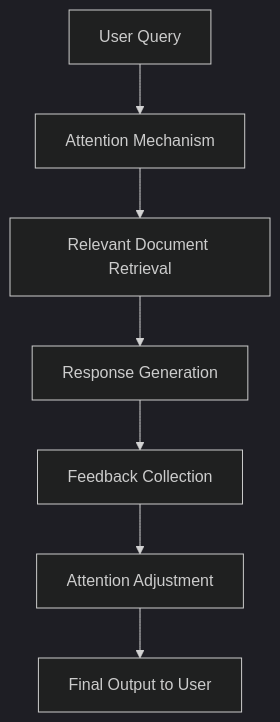
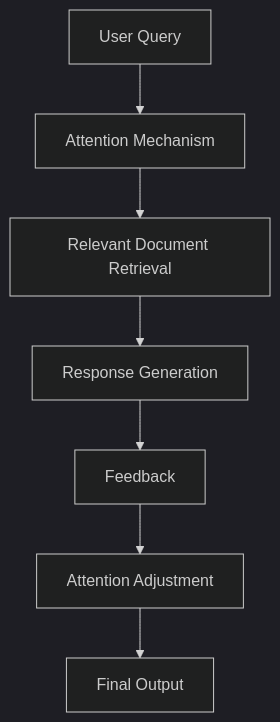
One commit to Dinuk-Di/RAG-Architectures changed diagram 11 of 25 in Readme.md. Above: the diagram before and after it, drawn with Mermaid (dark theme). The commit also changed other lines of this file, not shown here.

````diff
--- a/Readme.md
+++ b/Readme.md
@@ -195,9 +223,9 @@
 ```mermaid
 flowchart TD
     A[User Query] --> B[Attention Mechanism]
     B --> C[Relevant Document Retrieval]
     C --> D[Response Generation]
-    D --> E[Feedback Collection]
+    D --> E[Feedback]
     E --> F[Attention Adjustment]
-    F --> G[Final Output to User]
+    F --> G[Final Output]
 ```
````
